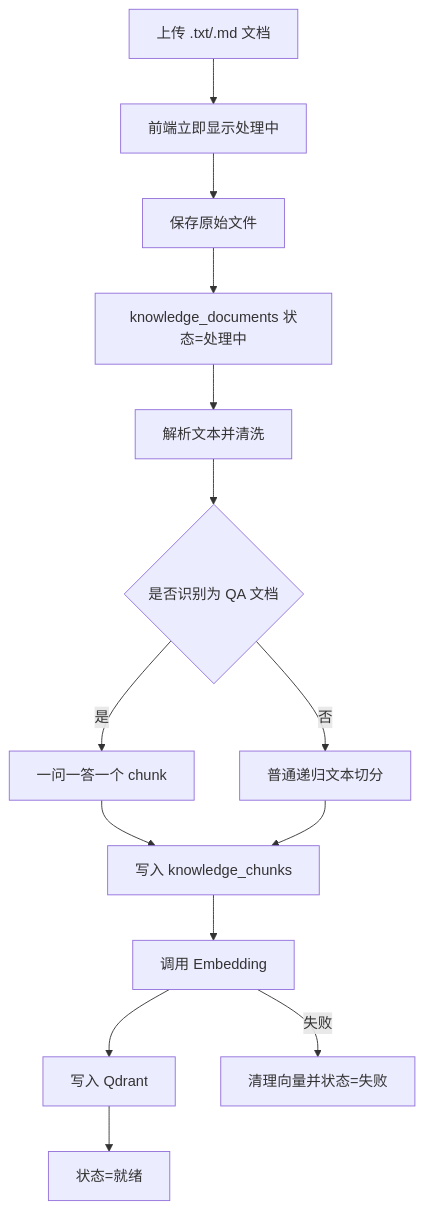
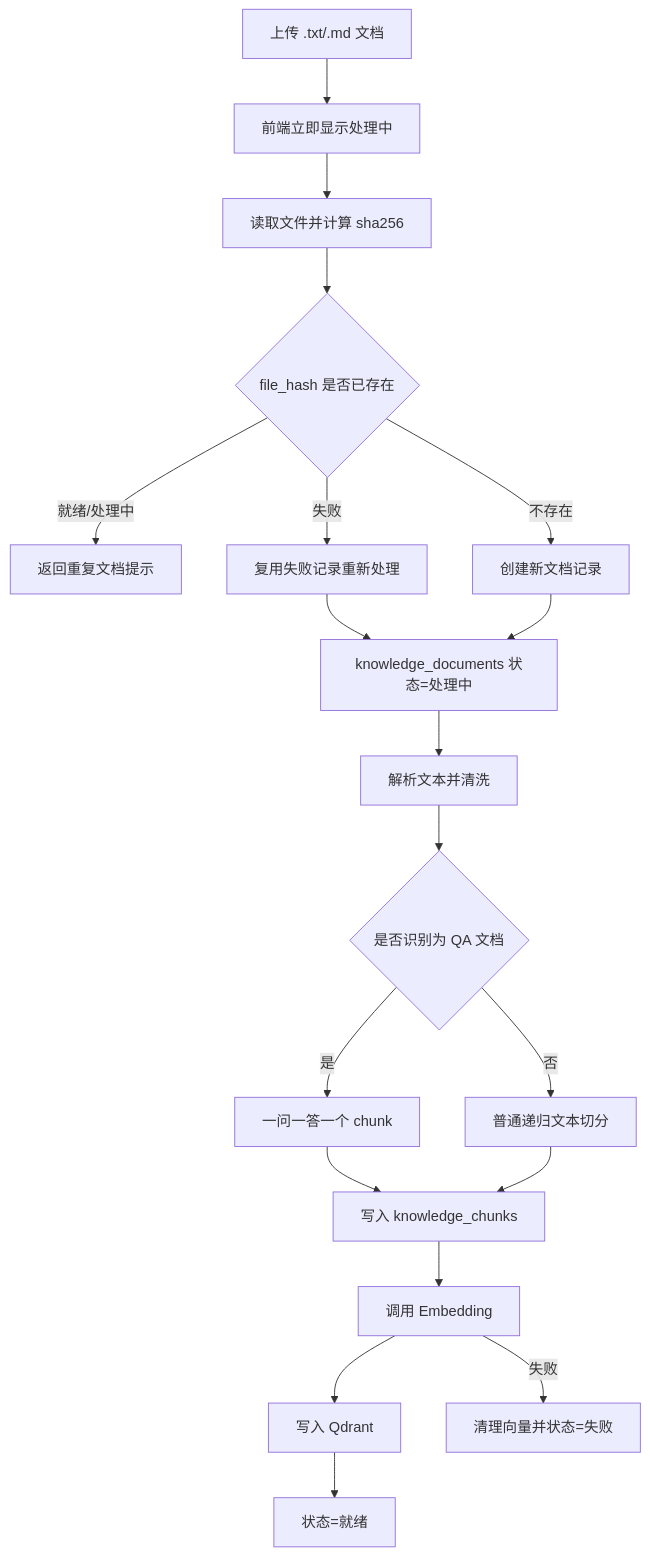
One commit to Itachi852/aegisdesk-ai changed the third of 6 diagrams in docs/业务流程说明.md. Above: the diagram before and after it, drawn with Mermaid. The commit also changed other lines of this file and 24 other files, not shown here.

````diff
--- a/docs/业务流程说明.md
+++ b/docs/业务流程说明.md
@@ -54,16 +63,21 @@
 ```mermaid
 flowchart TD
     A["上传 .txt/.md 文档"] --> A1["前端立即显示处理中"]
-    A1 --> B["保存原始文件"]
-    B --> C["knowledge_documents 状态=处理中"]
+    A1 --> B["读取文件并计算 sha256"]
+    B --> B1{"file_hash 是否已存在"}
+    B1 -->|就绪/处理中| B2["返回重复文档提示"]
+    B1 -->|失败| B3["复用失败记录重新处理"]
+    B1 -->|不存在| B4["创建新文档记录"]
+    B3 --> C["knowledge_documents 状态=处理中"]
+    B4 --> C["knowledge_documents 状态=处理中"]
     C --> D["解析文本并清洗"]
     D --> E{"是否识别为 QA 文档"}
     E -->|是| F1["一问一答一个 chunk"]
     E -->|否| F2["普通递归文本切分"]
     F1 --> F["写入 knowledge_chunks"]
     F2 --> F["写入 knowledge_chunks"]
     F --> G["调用 Embedding"]
     G --> H["写入 Qdrant"]
     H --> I["状态=就绪"]
     G -->|失败| J["清理向量并状态=失败"]
 ```
````
